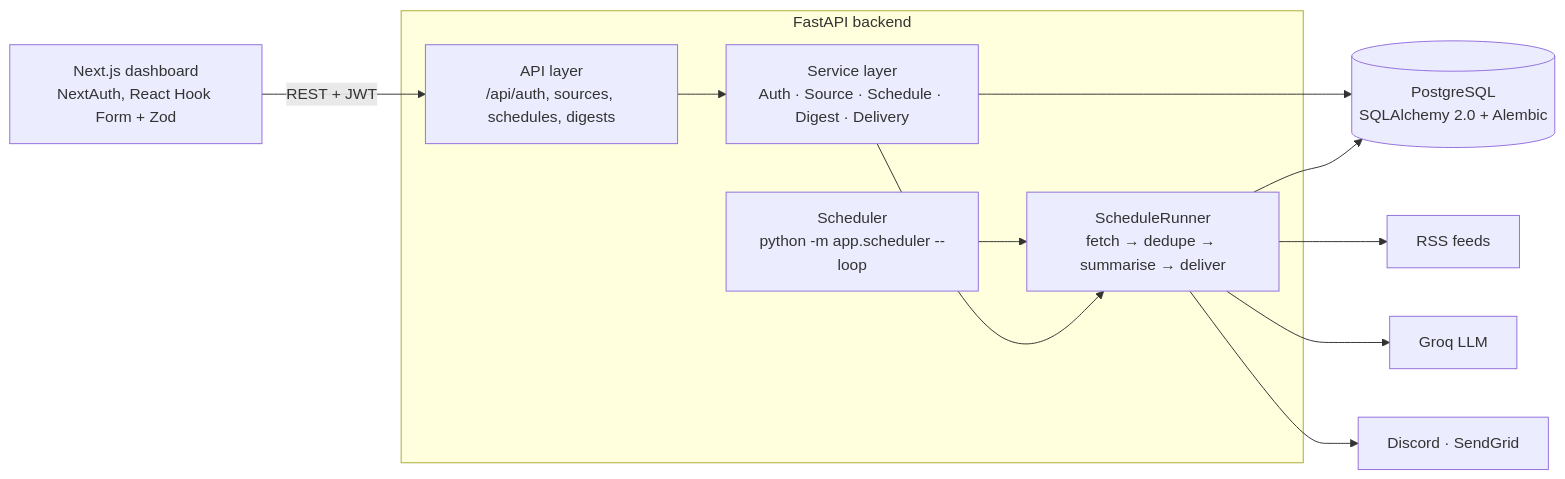
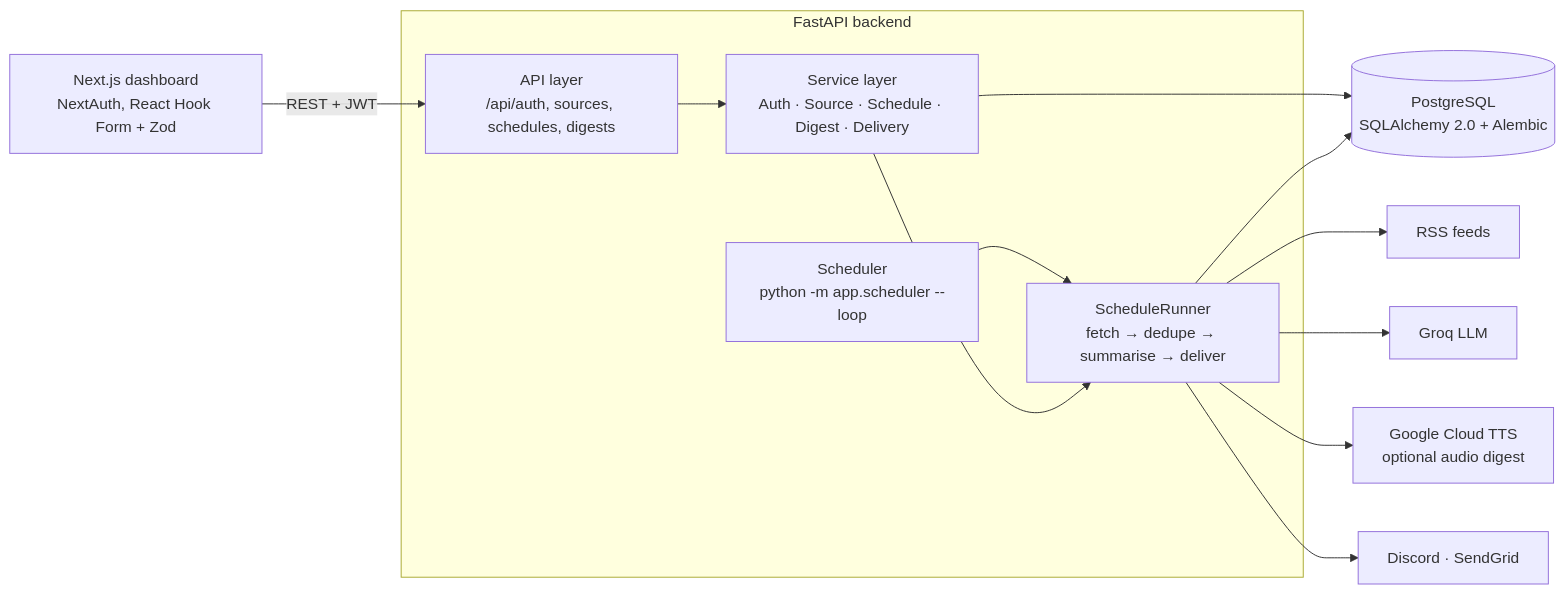
One commit to maxikrueger/news-agent changed the diagram in README.md. Above: the diagram before and after it, drawn with Mermaid. The commit also changed other lines of this file and 10 other files, not shown here.

````diff
--- a/README.md
+++ b/README.md
@@ -42,16 +44,17 @@
 ```mermaid
 flowchart LR
     UI["Next.js dashboard<br/>NextAuth, React Hook Form + Zod"] -->|REST + JWT| API
 
     subgraph Backend["FastAPI backend"]
         API["API layer<br/>/api/auth, sources, schedules, digests"] --> SVC["Service layer<br/>Auth · Source · Schedule · Digest · Delivery"]
         SCH["Scheduler<br/>python -m app.scheduler --loop"] --> RUN
         SVC --> RUN["ScheduleRunner<br/>fetch → dedupe → summarise → deliver"]
     end
 
     SVC --> DB[("PostgreSQL<br/>SQLAlchemy 2.0 + Alembic")]
     RUN --> DB
     RUN --> RSS["RSS feeds"]
     RUN --> LLM["Groq LLM"]
+    RUN --> TTS["Google Cloud TTS<br/>optional audio digest"]
     RUN --> OUT["Discord · SendGrid"]
 ```
````
